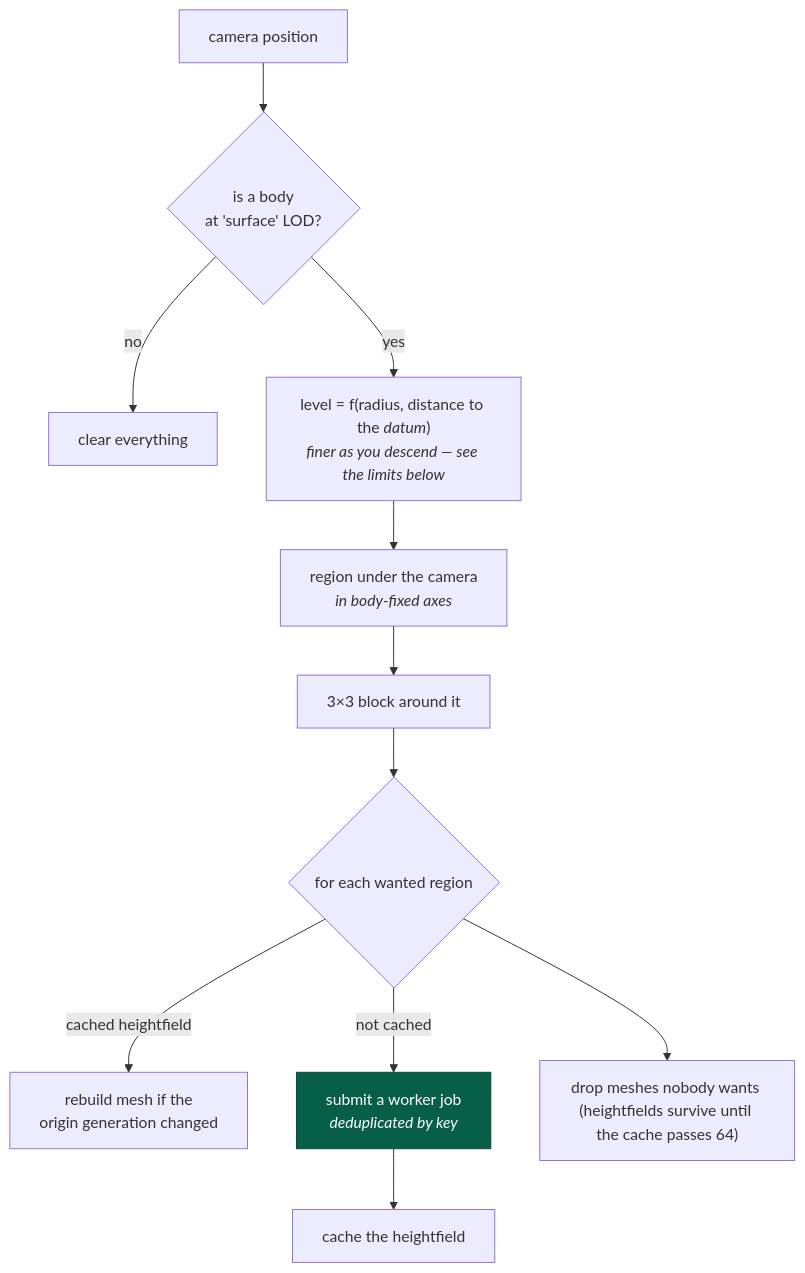
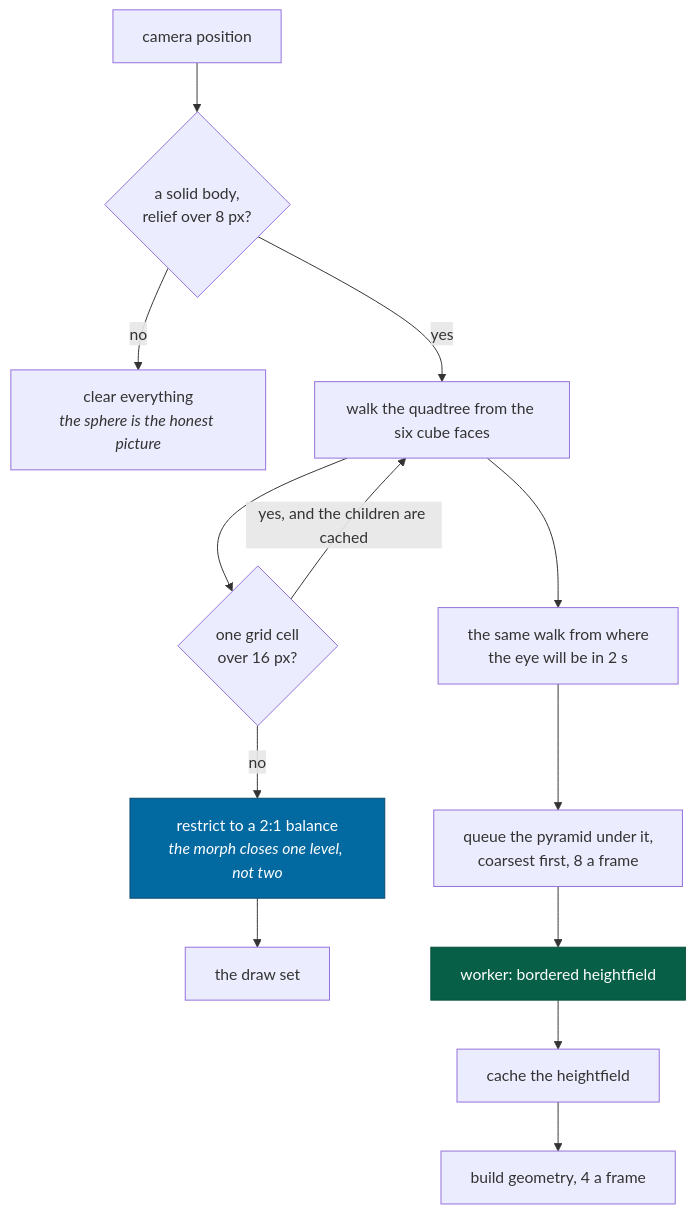
Before and after one commit to jonjaques/inertialref: the third of 3 diagrams in docs/concepts/streaming.md, drawn with Mermaid. The commit also changed other lines of this file and 8 other files, not shown here.

````diff
--- a/docs/concepts/streaming.md
+++ b/docs/concepts/streaming.md
@@ -82,15 +82,18 @@
 ```mermaid
 flowchart TB
-    CAM["camera position"] --> BODY{"is a body<br/>at 'surface' LOD?"}
-    BODY -->|no| CLEAR["clear everything"]
-    BODY -->|yes| LEVEL["level = f(radius, distance to the <i>datum</i>)<br/><i>finer as you descend — see the limits below</i>"]
-    LEVEL --> CENTRE["region under the camera<br/><i>in body-fixed axes</i>"]
-    CENTRE --> BLOCK["3×3 block around it"]
-    BLOCK --> RECON{"for each wanted region"}
-    RECON -->|"cached heightfield"| MESH["rebuild mesh if the<br/>origin generation changed"]
-    RECON -->|"not cached"| JOB["submit a worker job<br/><i>deduplicated by key</i>"]
+    CAM["camera position"] --> BODY{"a solid body,<br/>relief over 8 px?"}
+    BODY -->|no| CLEAR["clear everything<br/><i>the sphere is the honest picture</i>"]
+    BODY -->|yes| WALK["walk the quadtree from the six cube faces"]
+    WALK --> REFINE{"one grid cell<br/>over 16 px?"}
+    REFINE -->|"yes, and the children are cached"| WALK
+    REFINE -->|no| BALANCE["restrict to a 2:1 balance<br/><i>the morph closes one level, not two</i>"]
+    BALANCE --> DRAW["the draw set"]
+    WALK --> AHEAD["the same walk from where<br/>the eye will be in 2 s"]
+    AHEAD --> QUEUE["queue the pyramid under it,<br/>coarsest first, 8 a frame"]
+    QUEUE --> JOB["worker: bordered heightfield"]
     JOB --> CACHE["cache the heightfield"]
-    RECON --> EVICT["drop meshes nobody wants (heightfields survive until the cache passes 64)"]
+    CACHE --> MESH["build geometry, 4 a frame"]
 
     style JOB fill:#065f46,stroke:#064e3b,color:#fff
+    style BALANCE fill:#0369a1,stroke:#0c4a6e,color:#fff
 ```
````
